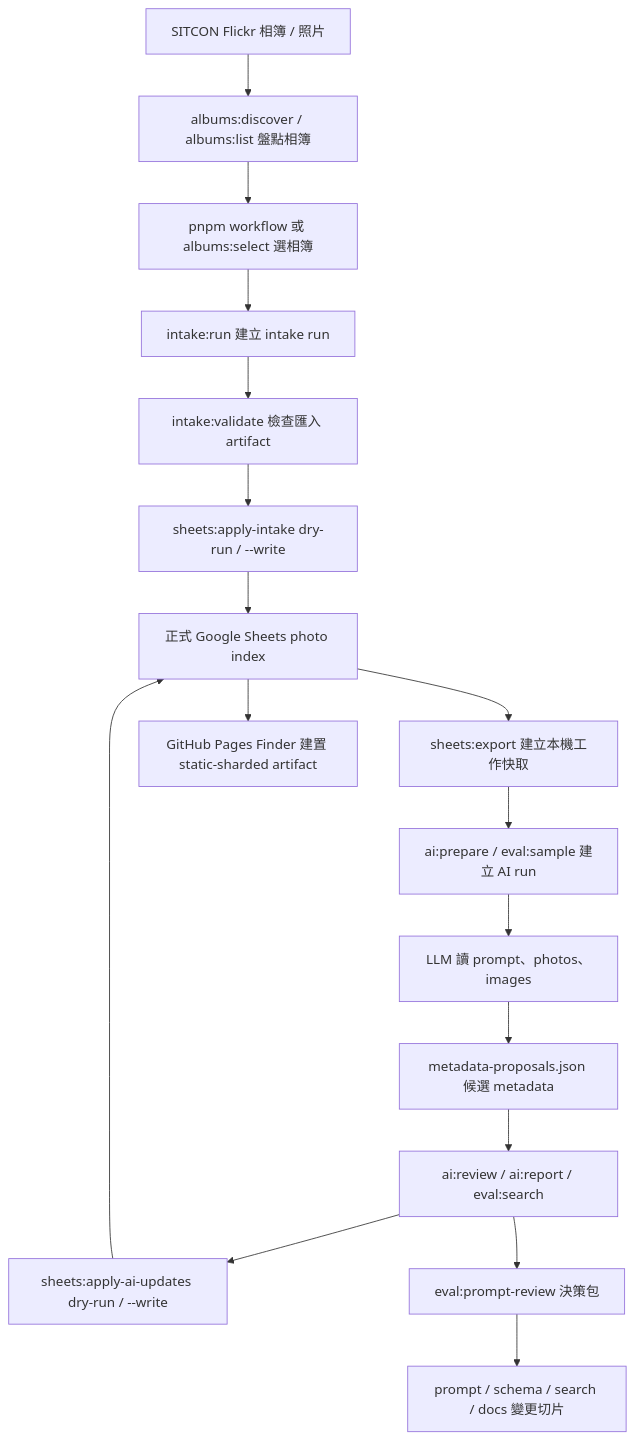
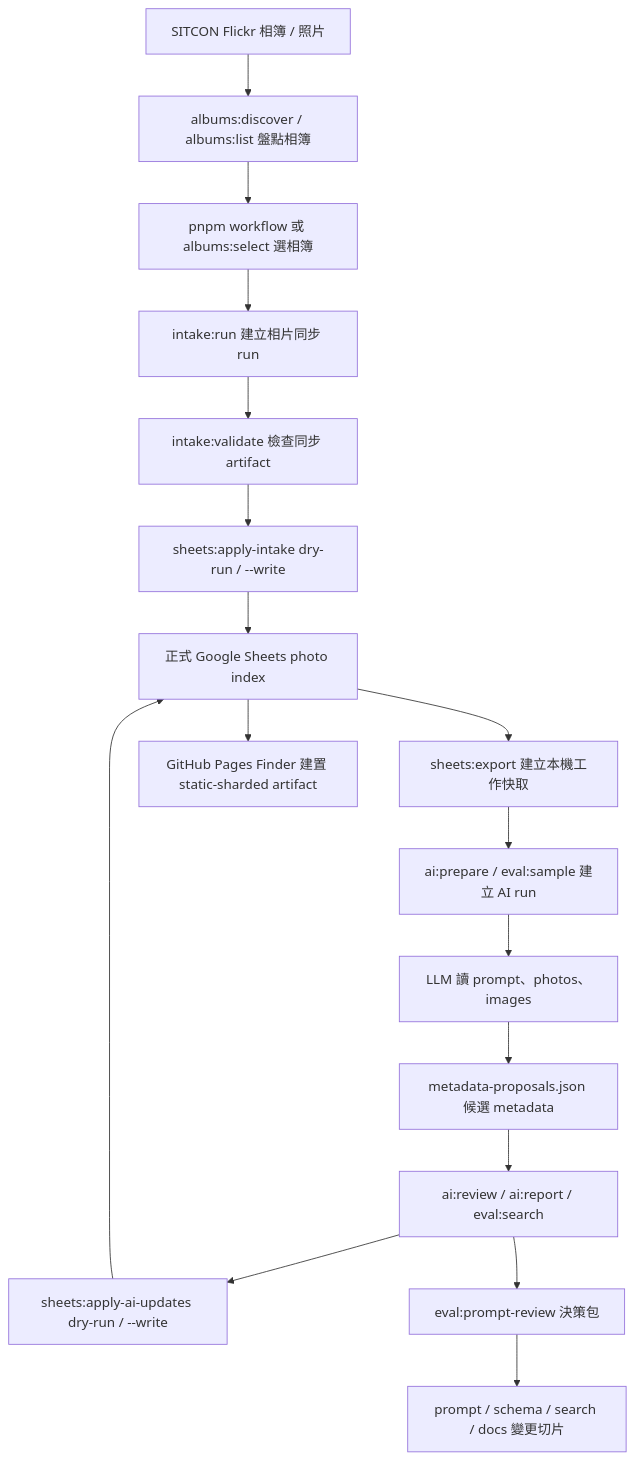
The first of 2 diagrams in docs/README.md (sitcon-tw/flickr-photo-finder), drawn with Mermaid before and after one commit. The commit also changed other lines of this file and 10 other files, not shown here.

````diff
--- a/docs/README.md
+++ b/docs/README.md
@@ -22,19 +22,19 @@
 ```mermaid
 flowchart TD
   F["SITCON Flickr 相簿 / 照片"] --> A["albums:discover / albums:list 盤點相簿"]
   A --> B["pnpm workflow 或 albums:select 選相簿"]
-  B --> C["intake:run 建立 intake run"]
-  C --> D["intake:validate 檢查匯入 artifact"]
+  B --> C["intake:run 建立相片同步 run"]
+  C --> D["intake:validate 檢查同步 artifact"]
   D --> E["sheets:apply-intake dry-run / --write"]
   E --> S["正式 Google Sheets photo index"]
   S --> X["sheets:export 建立本機工作快取"]
   S --> P["GitHub Pages Finder 建置 static-sharded artifact"]
   X --> Q["ai:prepare / eval:sample 建立 AI run"]
   Q --> M["LLM 讀 prompt、photos、images"]
   M --> R["metadata-proposals.json 候選 metadata"]
   R --> V["ai:review / ai:report / eval:search"]
   V --> U["sheets:apply-ai-updates dry-run / --write"]
   U --> S
   V --> PR["eval:prompt-review 決策包"]
   PR --> CH["prompt / schema / search / docs 變更切片"]
 ```
````
